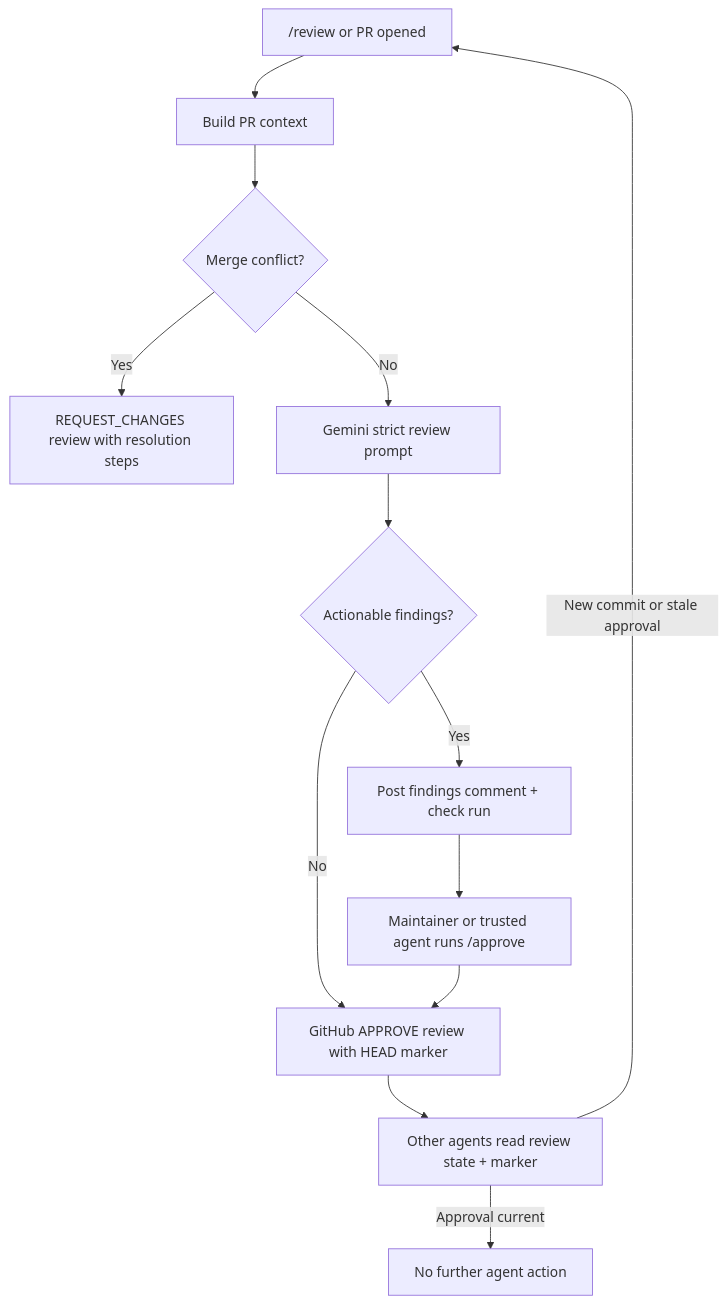
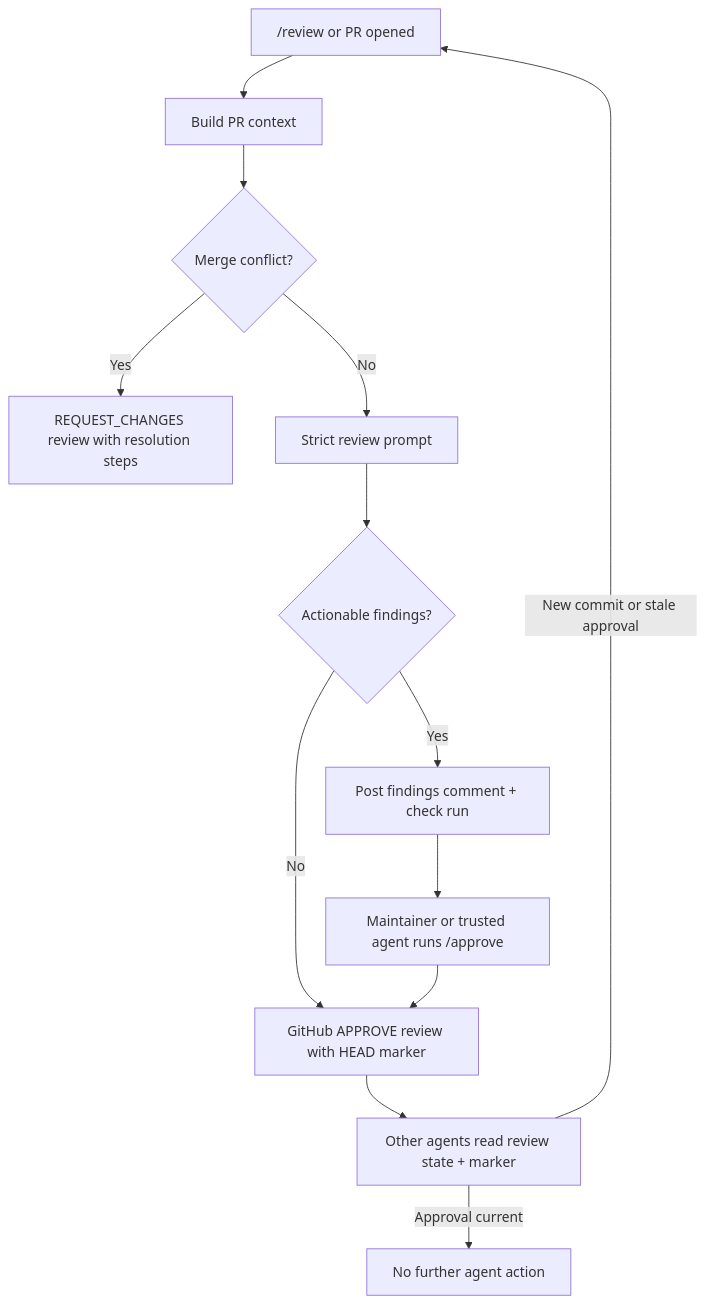
Before and after one commit to seorilabs/gemini-pr-bot: the second of 4 diagrams in README.md, drawn with Mermaid. The commit also changed other lines of this file and 12 other files, not shown here.

````diff
--- a/README.md
+++ b/README.md
@@ -50,15 +56,15 @@
 ```mermaid
 flowchart TD
   Review["/review or PR opened"] --> Context["Build PR context"]
   Context --> Conflict{"Merge conflict?"}
   Conflict -->|Yes| RequestChanges["REQUEST_CHANGES review with resolution steps"]
-  Conflict -->|No| Gemini["Gemini strict review prompt"]
-  Gemini --> Decision{"Actionable findings?"}
+  Conflict -->|No| AI["Strict review prompt"]
+  AI --> Decision{"Actionable findings?"}
   Decision -->|Yes| Output["Post findings comment + check run"]
   Decision -->|No| Approval["GitHub APPROVE review with HEAD marker"]
   Output --> Approve["Maintainer or trusted agent runs /approve"]
   Approve --> Approval
   Approval --> Agent["Other agents read review state + marker"]
   Agent -->|Approval current| Stop["No further agent action"]
   Agent -->|New commit or stale approval| Review
 ```
````
